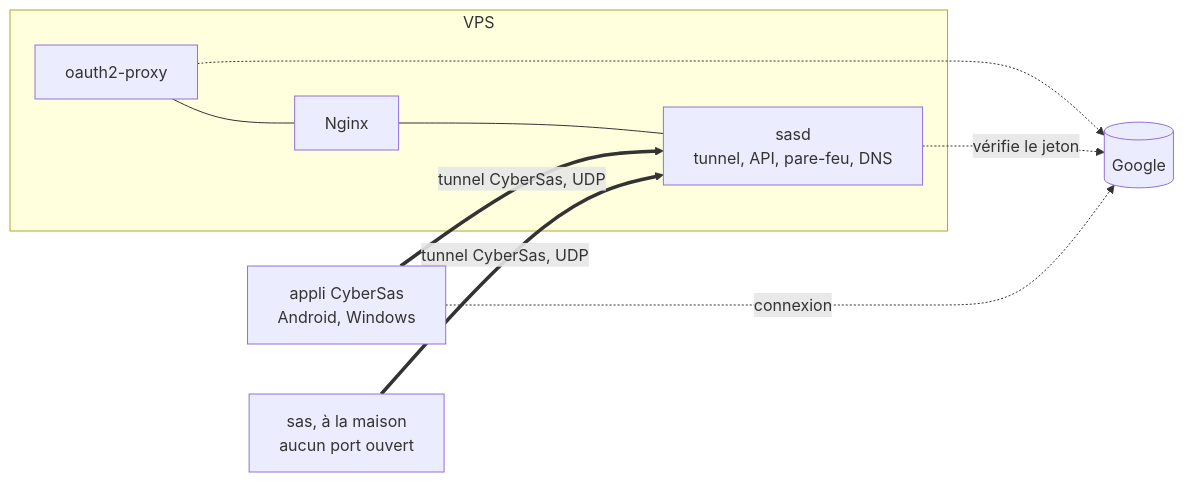
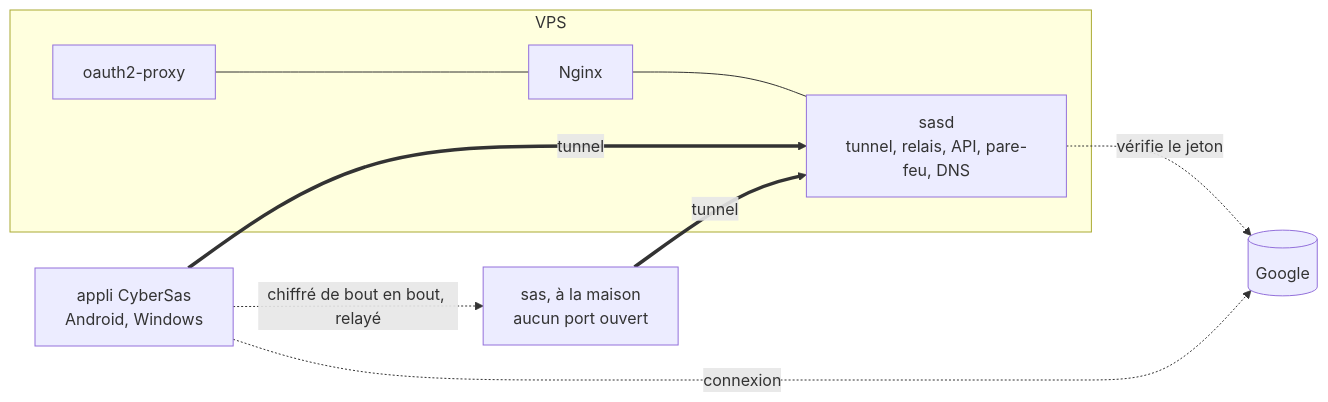
One commit to Cybertrist/CyberSas changed the diagram in README.md. Above: the diagram before and after it, drawn with Mermaid. The commit also changed other lines of this file and 13 other files, not shown here.

````diff
--- a/README.md
+++ b/README.md
@@ -28,14 +33,14 @@
 ```mermaid
 flowchart LR
   subgraph VPS
-    SD[sasd<br/>tunnel, API, pare-feu, DNS]
+    SD[sasd<br/>tunnel, relais, API, pare-feu, DNS]
     NG[Nginx] --- SD
     OP[oauth2-proxy] --- NG
   end
   G[(Google)]
-  A[appli CyberSas<br/>Android, Windows] ==>|tunnel CyberSas, UDP| SD
-  M[sas, à la maison<br/>aucun port ouvert] ==>|tunnel CyberSas, UDP| SD
+  A[appli CyberSas<br/>Android, Windows] ==>|tunnel| SD
+  M[sas, à la maison<br/>aucun port ouvert] ==>|tunnel| SD
+  A -.->|chiffré de bout en bout, relayé| M
   A -.->|connexion| G
   SD -.->|vérifie le jeton| G
-  OP -.-> G
 ```
````
